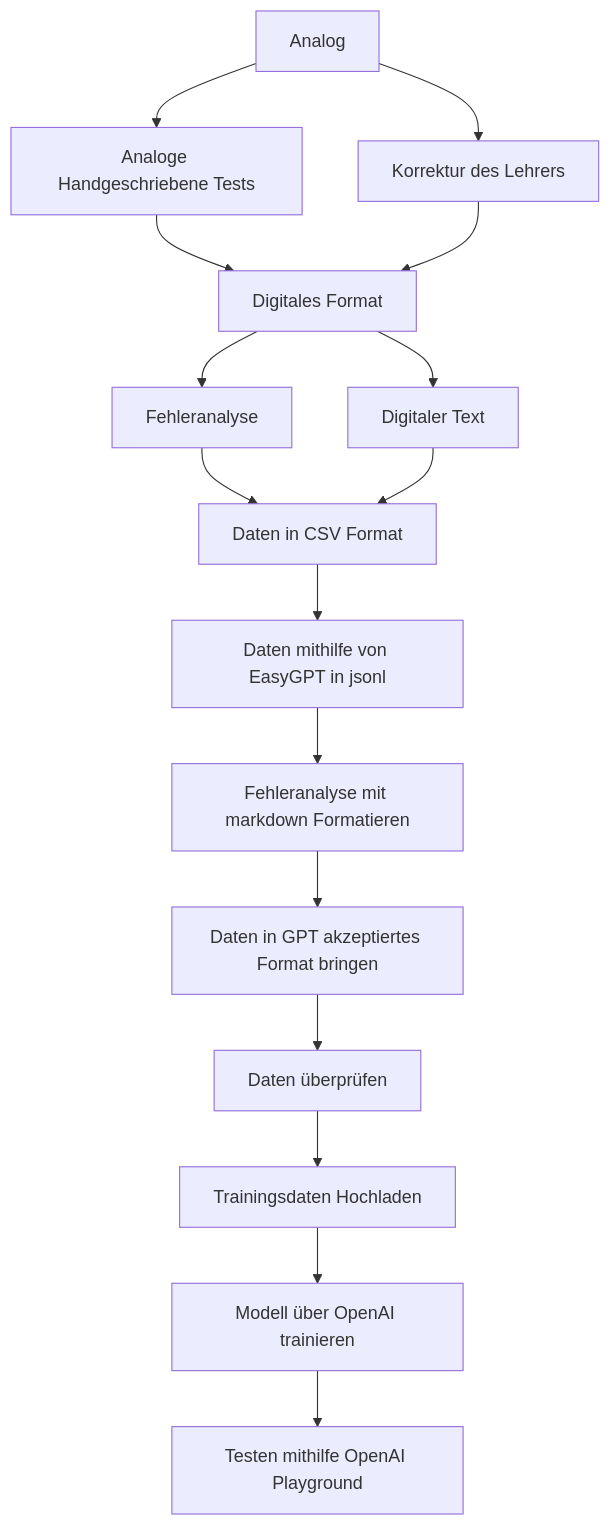
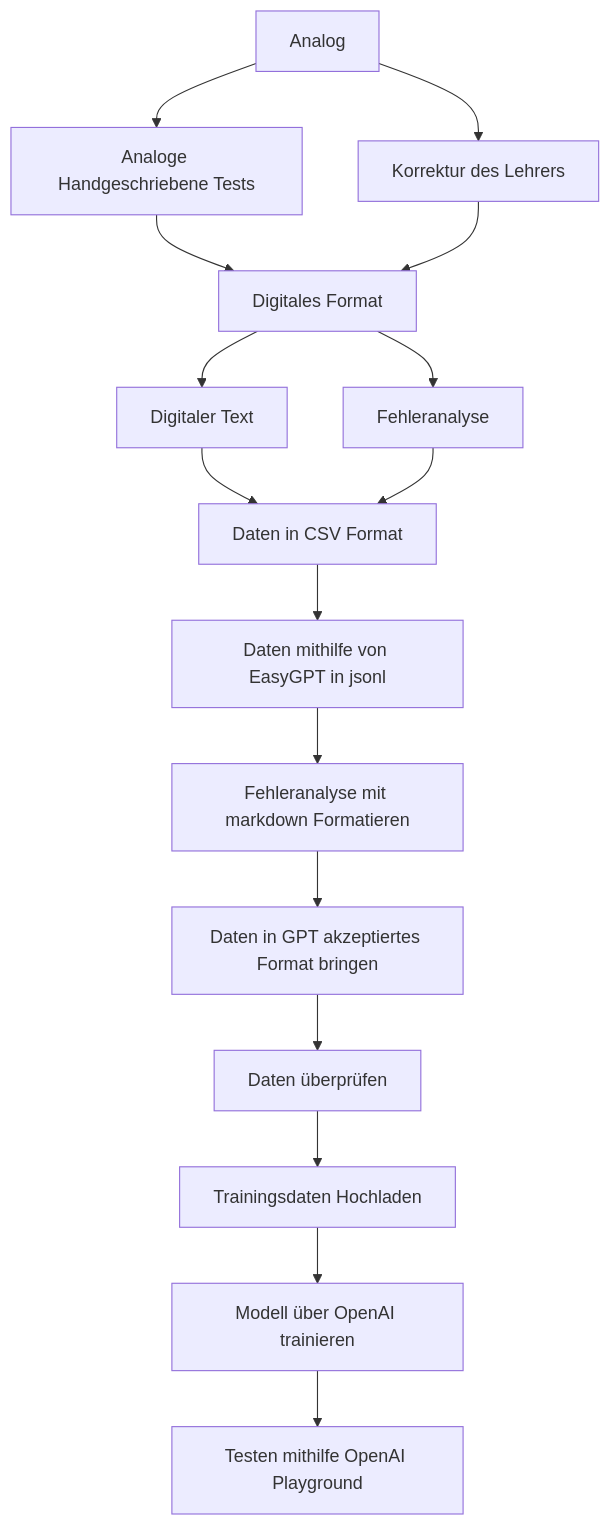
The diagram in README.md (cheatoskar/visit-AutoGrade.AI), drawn with Mermaid before and after one commit.

````diff
--- a/README.md
+++ b/README.md
@@ -82,22 +82,22 @@
 ```mermaid
 graph TD;
     A[Analog] --> B;
     A[Analog] --> D;
     B[Analoge Handgeschriebene Tests]
     D[Korrektur des Lehrers] 
 
     B--> F[Digitales Format]
     D--> F
-    F--> C[Digitaler Text];
-    F --> E[Fehleranalyse];
+    F--> C[Fehleranalyse];
+    F --> E[Digitaler Text];
     E--> G[Daten in CSV Format]
     C--> G
     G--> H[Daten mithilfe von EasyGPT in jsonl]
     H--> I[Fehleranalyse mit markdown Formatieren]
     I--> J[Daten in GPT akzeptiertes Format bringen]
     J--> K[Daten überprüfen]
     K--> L[Trainingsdaten Hochladen]
     L--> N[Modell über OpenAI trainieren]
     N--> M[Testen mithilfe OpenAI Playground]
 
 ```
````
